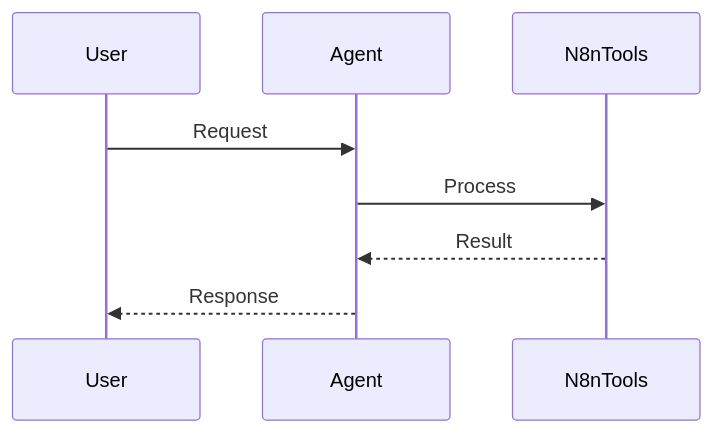
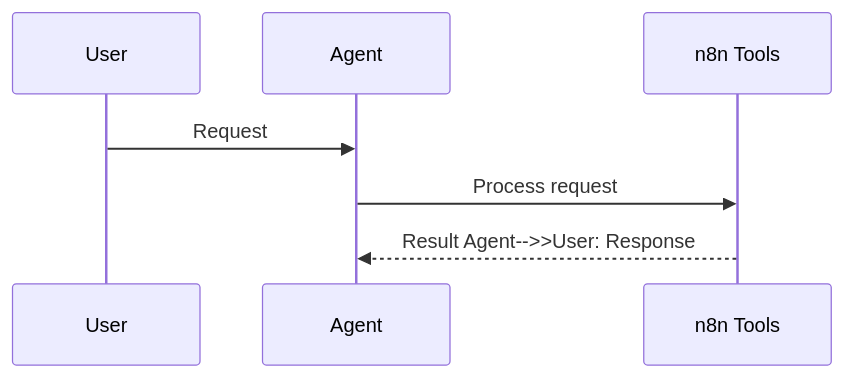
One commit to MervinPraison/PraisonAIDocs changed the second of 2 diagrams in docs/features/n8n-tools.mdx. Above: the diagram before and after it, drawn with Mermaid. The commit also changed 204 other files, not shown here.

First line of the commit message:
docs: align feature/tool pages with AGENTS.md hero + sequence + import standards (fixes #1775)

````diff
--- a/docs/features/n8n-tools.mdx
+++ b/docs/features/n8n-tools.mdx
@@ -45,11 +45,10 @@
 ```mermaid
 sequenceDiagram
     participant User
     participant Agent
-    participant N8nTools
+    participant Feature as n8n Tools
 
     User->>Agent: Request
-    Agent->>N8nTools: Process
-    N8nTools-->>Agent: Result
-    Agent-->>User: Response
+    Agent->>Feature: Process request
+    Feature-->>Agent: Result    Agent-->>User: Response
 ```
````
